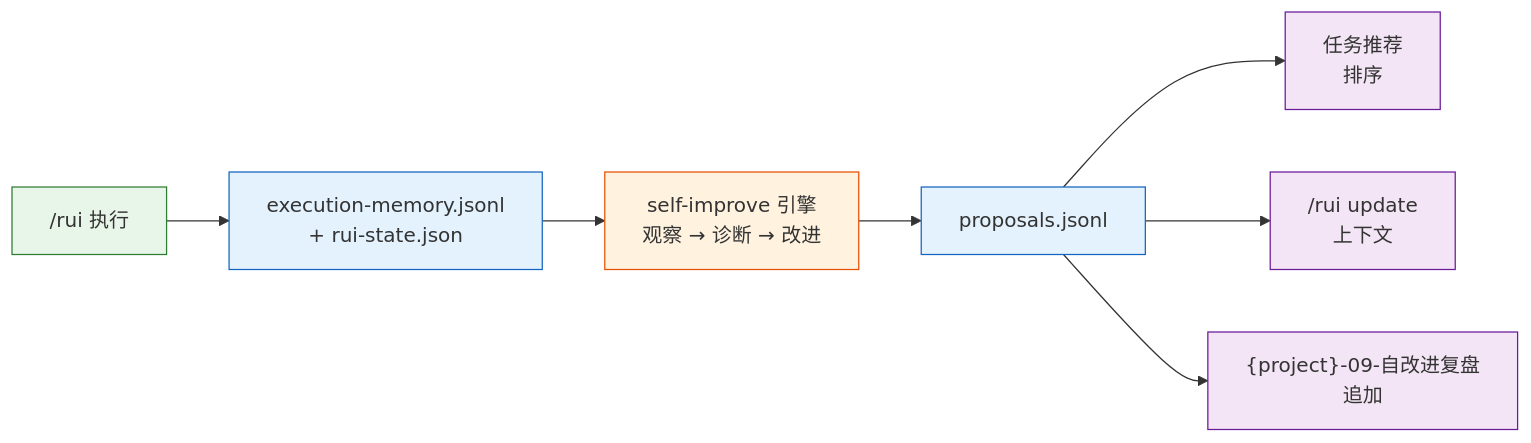
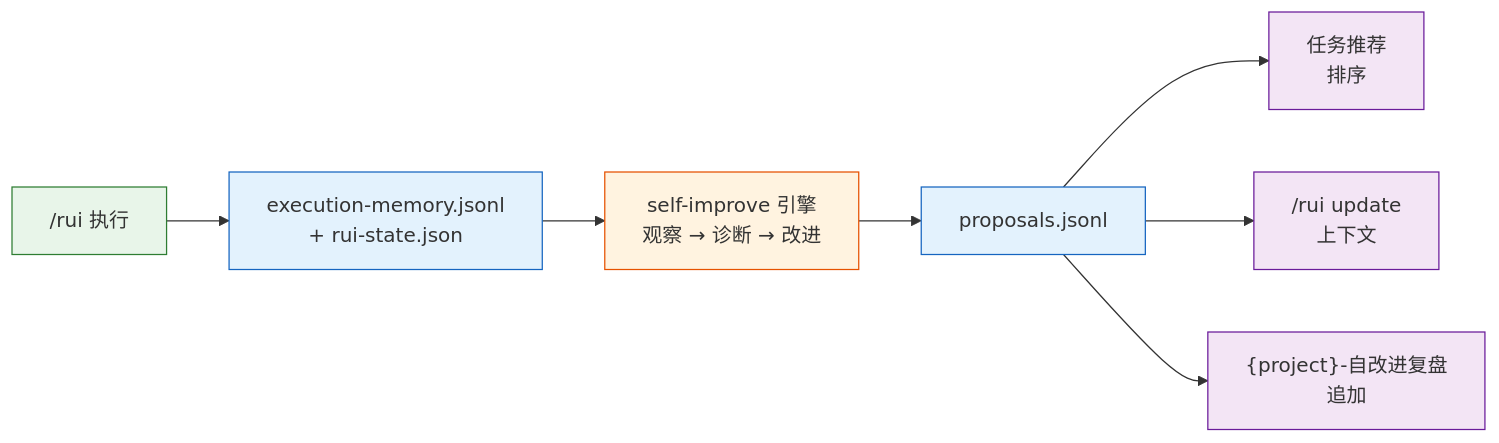
The fifth of 5 diagrams in skills/rui/coder.md (effiy/YrY), drawn with Mermaid before and after one commit. The commit also changed other lines of this file and 90 other files, not shown here.

````diff
--- a/skills/rui/coder.md
+++ b/skills/rui/coder.md
@@ -165,14 +157,14 @@
 ```mermaid
 flowchart LR
     A["/rui 执行"]:::src --> B["execution-memory.jsonl<br/>+ rui-state.json"]:::store
     B --> C["self-improve 引擎<br/>观察 → 诊断 → 改进"]:::op
     C --> D["proposals.jsonl"]:::store
     D --> E1["任务推荐<br/>排序"]:::use
     D --> E2["/rui update<br/>上下文"]:::use
-    D --> E3["{project}-09-自改进复盘<br/>追加"]:::use
+    D --> E3["{project}-自改进复盘<br/>追加"]:::use
 
     classDef src fill:#e8f5e9,stroke:#2e7d32;
     classDef store fill:#e3f2fd,stroke:#1565c0;
     classDef op fill:#fff3e0,stroke:#e65100;
     classDef use fill:#f3e5f5,stroke:#6a1b9a;
 ```
````
